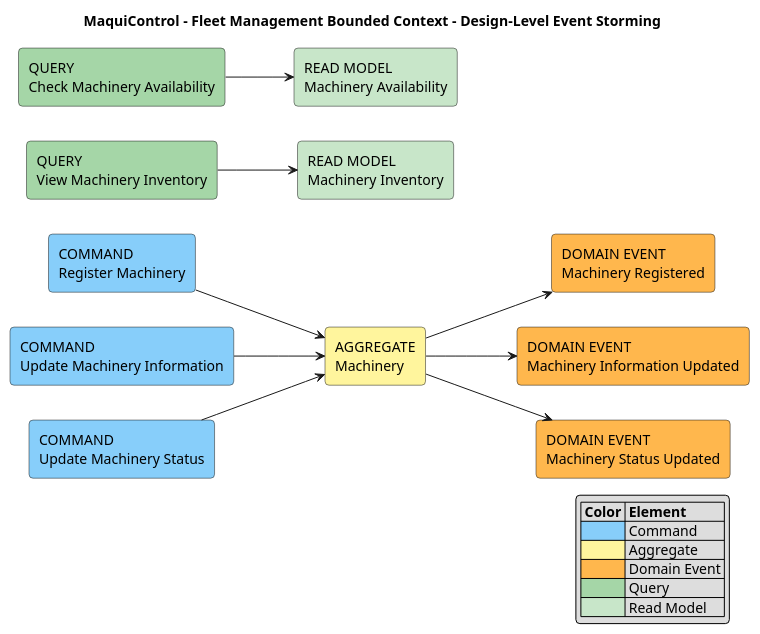
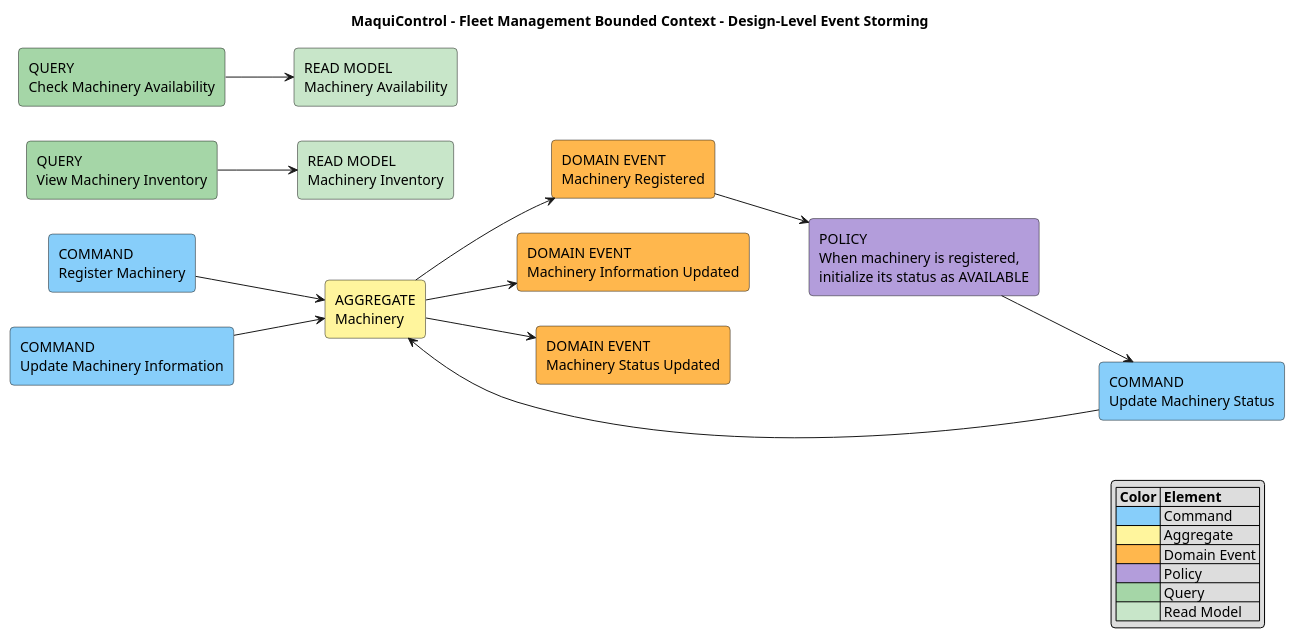
Before and after one commit to AndesHeavyTech/MaquiControl: the diagram in docs/architecture/event-storming/fleet-management-design-level.puml, drawn with PlantUML. The commit also changed 14 other files, not shown here.

```diff
--- a/docs/architecture/event-storming/fleet-management-design-level.puml
+++ b/docs/architecture/event-storming/fleet-management-design-level.puml
@@ -1,58 +1,64 @@
 @startuml
 title MaquiControl - Fleet Management Bounded Context - Design-Level Event Storming
 
 left to right direction
 skinparam shadowing false
 skinparam roundcorner 8
 skinparam defaultFontName Arial
 
 ' =========================
 ' Styles
 ' =========================
 
 rectangle "COMMAND\nRegister Machinery" as CMD_REGISTER #87CEFA
 rectangle "AGGREGATE\nMachinery" as AGG_MACHINERY #FFF59D
 rectangle "DOMAIN EVENT\nMachinery Registered" as EVT_REGISTERED #FFB74D
 
 rectangle "COMMAND\nUpdate Machinery Information" as CMD_UPDATE_INFO #87CEFA
 rectangle "DOMAIN EVENT\nMachinery Information Updated" as EVT_INFO_UPDATED #FFB74D
 
 rectangle "COMMAND\nUpdate Machinery Status" as CMD_UPDATE_STATUS #87CEFA
 rectangle "DOMAIN EVENT\nMachinery Status Updated" as EVT_STATUS_UPDATED #FFB74D
 
+rectangle "POLICY\nWhen machinery is registered,\ninitialize its status as AVAILABLE" as POL_INITIAL_STATUS #B39DDB
+
 rectangle "QUERY\nView Machinery Inventory" as QUERY_INVENTORY #A5D6A7
 rectangle "READ MODEL\nMachinery Inventory" as READ_INVENTORY #C8E6C9
 
 rectangle "QUERY\nCheck Machinery Availability" as QUERY_AVAILABILITY #A5D6A7
 rectangle "READ MODEL\nMachinery Availability" as READ_AVAILABILITY #C8E6C9
 
 ' =========================
 ' Commands -> Aggregate -> Events
 ' =========================
 
 CMD_REGISTER --> AGG_MACHINERY
 AGG_MACHINERY --> EVT_REGISTERED
 
 CMD_UPDATE_INFO --> AGG_MACHINERY
 AGG_MACHINERY --> EVT_INFO_UPDATED
 
 CMD_UPDATE_STATUS --> AGG_MACHINERY
 AGG_MACHINERY --> EVT_STATUS_UPDATED
 
+EVT_REGISTERED --> POL_INITIAL_STATUS
+POL_INITIAL_STATUS --> CMD_UPDATE_STATUS
+
 ' =========================
 ' Queries -> Read Models
 ' =========================
 
 QUERY_INVENTORY --> READ_INVENTORY
 QUERY_AVAILABILITY --> READ_AVAILABILITY
 
 legend right
 |= Color |= Element |
 |<#87CEFA>| Command |
 |<#FFF59D>| Aggregate |
 |<#FFB74D>| Domain Event |
+|<#B39DDB>| Policy |
 |<#A5D6A7>| Query |
 |<#C8E6C9>| Read Model |
 endlegend
 
 @enduml
```
